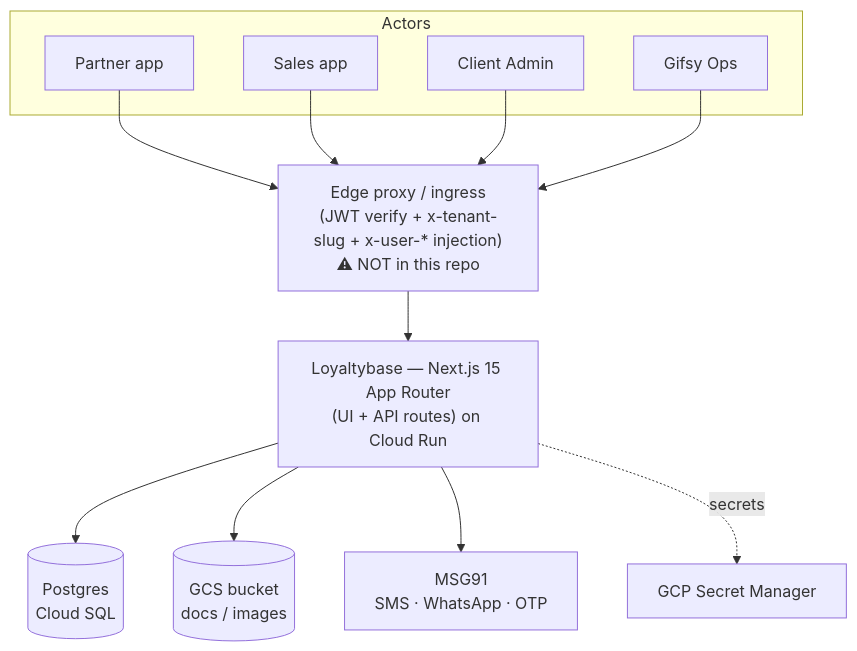
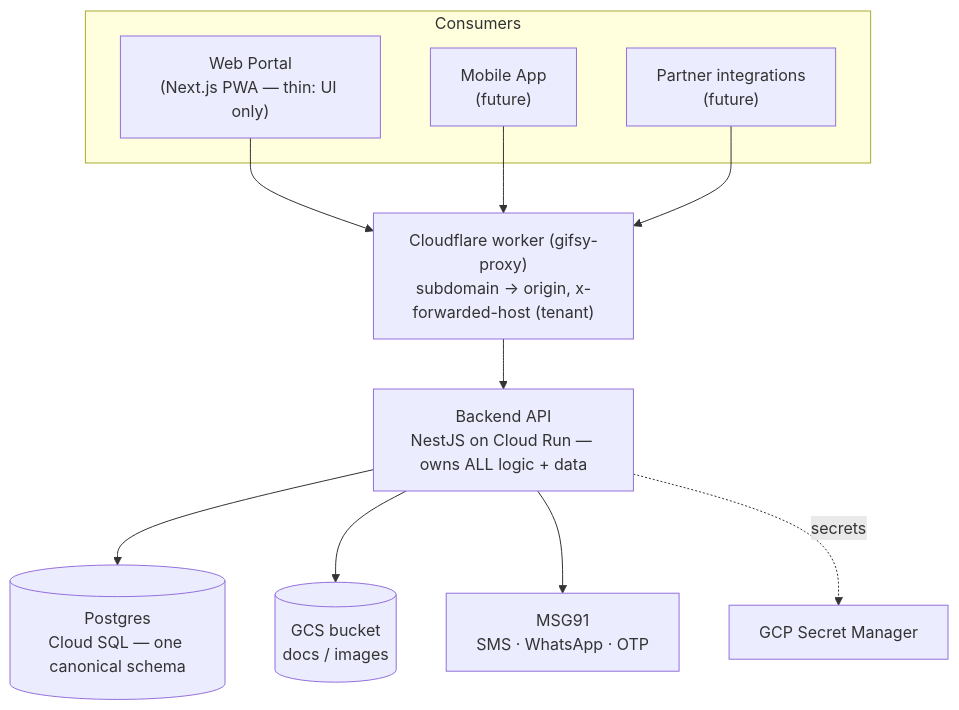
The diagram in platform/docs/spec/04-architecture.md (NikunjSadani/Loyaltybaseclaude), drawn with Mermaid before and after one commit. The commit also changed other lines of this file and 12 other files, not shown here.

First line of the commit message:
docs: adopt API-first backend split (Phase S) + multi-tenancy model

````diff
--- a/platform/docs/spec/04-architecture.md
+++ b/platform/docs/spec/04-architecture.md
@@ -5,21 +10,20 @@
 ```mermaid
 flowchart TB
-    subgraph Actors
-      P[Partner app]
-      S[Sales app]
-      A[Client Admin]
-      G[Gifsy Ops]
+    subgraph Consumers
+      W["Web Portal<br/>(Next.js PWA — thin: UI only)"]
+      M["Mobile App<br/>(future)"]
+      I["Partner integrations<br/>(future)"]
     end
-    PX["Edge proxy / ingress<br/>(JWT verify + x-tenant-slug + x-user-* injection)<br/>⚠ NOT in this repo"]
-    APP["Loyaltybase — Next.js 15 App Router<br/>(UI + API routes) on Cloud Run"]
-    DB[("Postgres<br/>Cloud SQL")]
+    CF["Cloudflare worker (gifsy-proxy)<br/>subdomain → origin, x-forwarded-host (tenant)"]
+    API["Backend API<br/>NestJS on Cloud Run — owns ALL logic + data"]
+    DB[("Postgres<br/>Cloud SQL — one canonical schema")]
     GCS[("GCS bucket<br/>docs / images")]
     MSG[MSG91<br/>SMS · WhatsApp · OTP]
     SM[GCP Secret Manager]
 
-    P & S & A & G --> PX --> APP
-    APP --> DB
-    APP --> GCS
-    APP --> MSG
-    APP -. secrets .-> SM
+    W & M & I --> CF --> API
+    API --> DB
+    API --> GCS
+    API --> MSG
+    API -. secrets .-> SM
 ```
````
